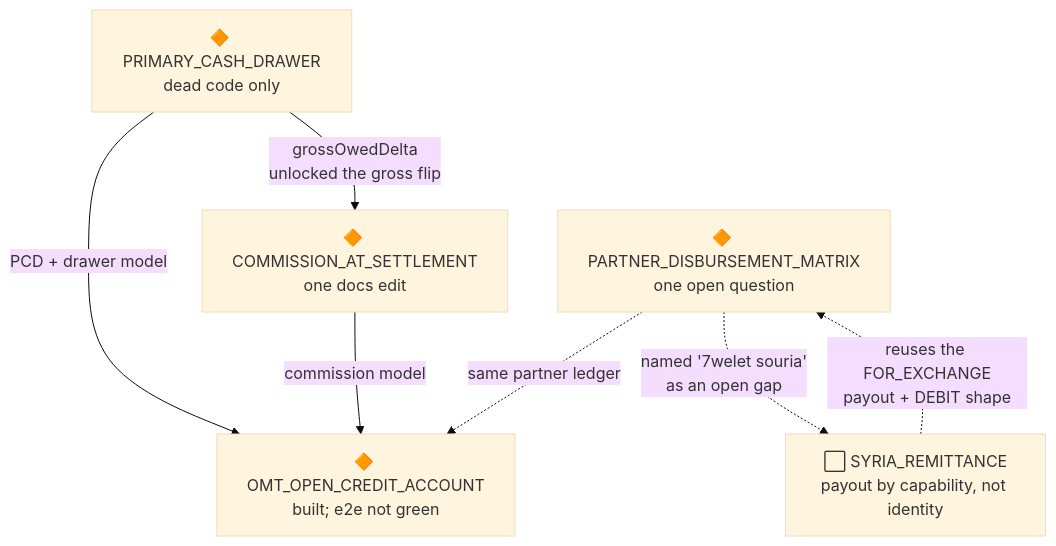
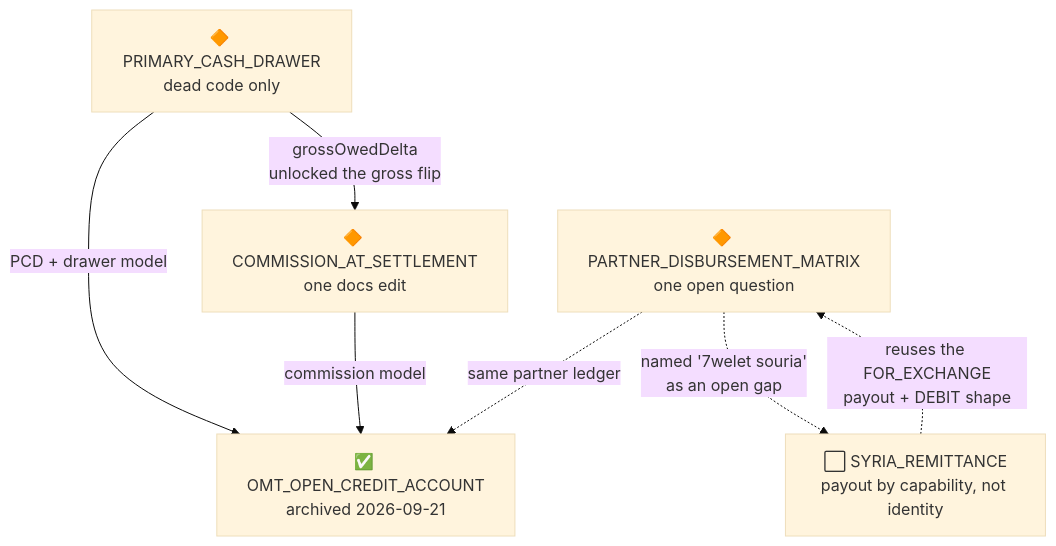
The first of 4 diagrams in docs/plans/ongoing_plans/PLAN_OVERVIEW.md (amirelhalabi/Liratek), drawn with Mermaid (base theme) before and after one commit. The commit also changed other lines of this file and 1 other file, not shown here.

First line of the commit message:
docs(plans): archive the OMT open-credit plan now its confirming web run is green

````diff
--- a/docs/plans/ongoing_plans/PLAN_OVERVIEW.md
+++ b/docs/plans/ongoing_plans/PLAN_OVERVIEW.md
@@ -175,15 +176,15 @@
 ```mermaid
 graph TD
   PCD["🔶 PRIMARY_CASH_DRAWER<br/>dead code only"]
   CAS["🔶 COMMISSION_AT_SETTLEMENT<br/>one docs edit"]
-  OMT["🔶 OMT_OPEN_CREDIT_ACCOUNT<br/>built; e2e not green"]
+  OMT["✅ OMT_OPEN_CREDIT_ACCOUNT<br/>archived 2026-09-21"]
   PDM["🔶 PARTNER_DISBURSEMENT_MATRIX<br/>one open question"]
   SYR["⬜ SYRIA_REMITTANCE<br/>payout by capability, not identity"]
 
   PCD -->|"grossOwedDelta<br/>unlocked the gross flip"| CAS
   PCD -->|"PCD + drawer model"| OMT
   CAS -->|"commission model"| OMT
   PDM -.->|"same partner ledger"| OMT
   PDM -.->|"named '7welet souria'<br/>as an open gap"| SYR
   SYR -.->|"reuses the FOR_EXCHANGE<br/>payout + DEBIT shape"| PDM
 ```
````
